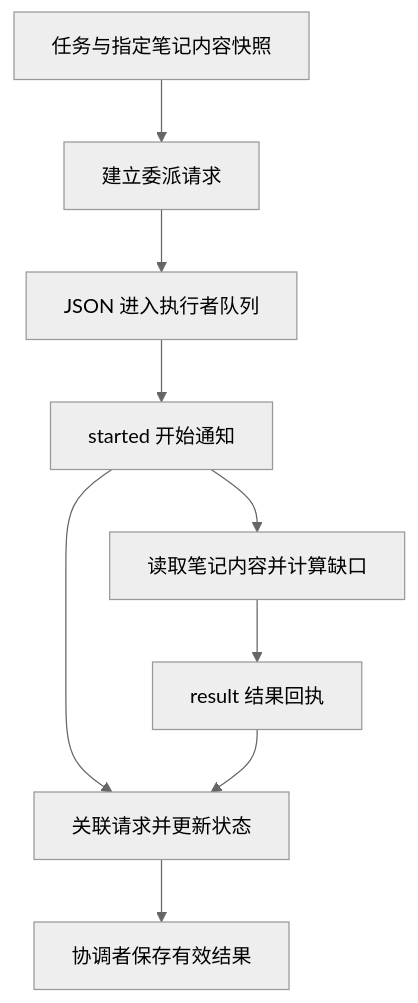
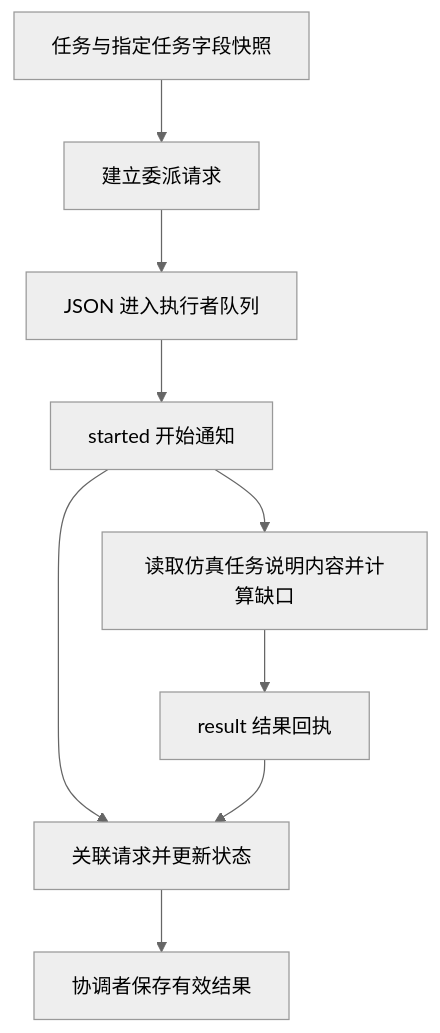
The diagram in 10-Knowledge/02 Agent Harness/05-communication-and-handoff/01-delegation-and-results.md (HarryYangthu/TheBestAIGuide), drawn with Mermaid (neutral theme) before and after one commit. The commit also changed other lines of this file and 341 other files, not shown here.

````diff
--- a/10-Knowledge/02 Agent Harness/05-communication-and-handoff/01-delegation-and-results.md
+++ b/10-Knowledge/02 Agent Harness/05-communication-and-handoff/01-delegation-and-results.md
@@ -7,11 +7,11 @@
 ```mermaid
 flowchart TD
-    O["任务与指定笔记内容快照"] --> D["建立委派请求"]
+    O["任务与指定任务字段快照"] --> D["建立委派请求"]
     D --> Q["JSON 进入执行者队列"]
     Q --> S["started 开始通知"]
-    S --> W["读取笔记内容并计算缺口"]
+    S --> W["读取仿真任务说明内容并计算缺口"]
     W --> R["result 结果回执"]
     S --> V["关联请求并更新状态"]
     R --> V
     V --> C["协调者保存有效结果"]
 ```
````
